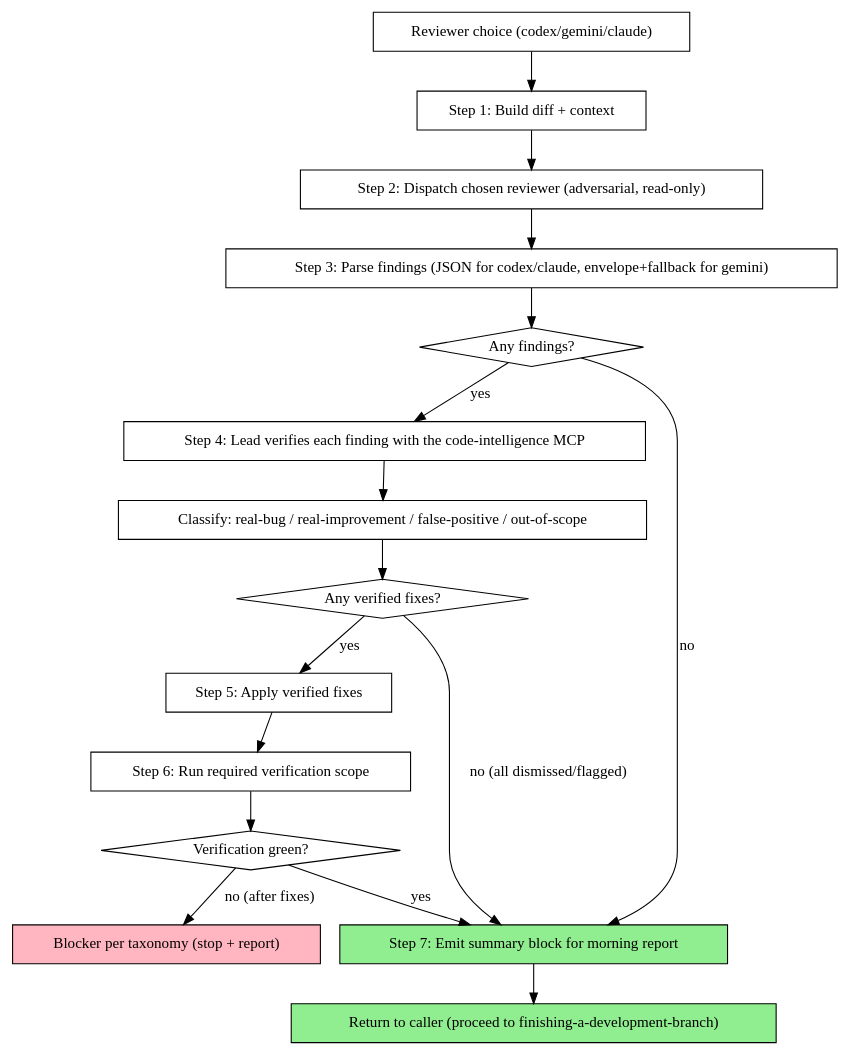
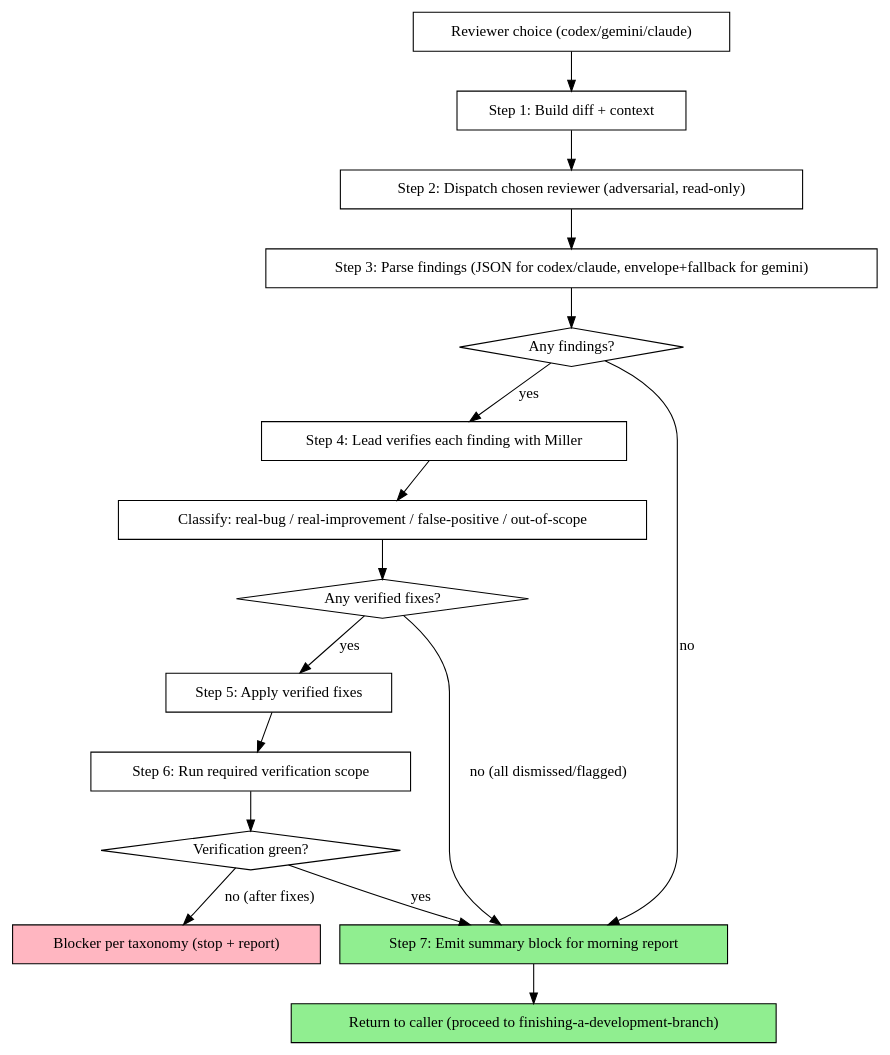
Before and after one commit to anortham/razorback: the diagram in skills/pre-merge-review/SKILL.md, drawn with Graphviz. The commit also changed other lines of this file and 38 other files, not shown here.

````diff
--- a/skills/pre-merge-review/SKILL.md
+++ b/skills/pre-merge-review/SKILL.md
@@ -33,36 +33,36 @@
 ```dot
 digraph pre_merge_review {
     rankdir=TB;
 
     "Reviewer choice (codex/gemini/claude)" [shape=box];
     "Step 1: Build diff + context" [shape=box];
     "Step 2: Dispatch chosen reviewer (adversarial, read-only)" [shape=box];
     "Step 3: Parse findings (JSON for codex/claude, envelope+fallback for gemini)" [shape=box];
     "Any findings?" [shape=diamond];
-    "Step 4: Lead verifies each finding with the code-intelligence MCP" [shape=box];
+    "Step 4: Lead verifies each finding with Miller" [shape=box];
     "Classify: real-bug / real-improvement / false-positive / out-of-scope" [shape=box];
     "Any verified fixes?" [shape=diamond];
     "Step 5: Apply verified fixes" [shape=box];
     "Step 6: Run required verification scope" [shape=box];
     "Verification green?" [shape=diamond];
     "Step 7: Emit summary block for morning report" [shape=box style=filled fillcolor=lightgreen];
     "Return to caller (proceed to finishing-a-development-branch)" [shape=box style=filled fillcolor=lightgreen];
     "Blocker per taxonomy (stop + report)" [shape=box style=filled fillcolor=lightpink];
 
     "Reviewer choice (codex/gemini/claude)" -> "Step 1: Build diff + context";
     "Step 1: Build diff + context" -> "Step 2: Dispatch chosen reviewer (adversarial, read-only)";
     "Step 2: Dispatch chosen reviewer (adversarial, read-only)" -> "Step 3: Parse findings (JSON for codex/claude, envelope+fallback for gemini)";
     "Step 3: Parse findings (JSON for codex/claude, envelope+fallback for gemini)" -> "Any findings?";
     "Any findings?" -> "Step 7: Emit summary block for morning report" [label="no"];
-    "Any findings?" -> "Step 4: Lead verifies each finding with the code-intelligence MCP" [label="yes"];
-    "Step 4: Lead verifies each finding with the code-intelligence MCP" -> "Classify: real-bug / real-improvement / false-positive / out-of-scope";
+    "Any findings?" -> "Step 4: Lead verifies each finding with Miller" [label="yes"];
+    "Step 4: Lead verifies each finding with Miller" -> "Classify: real-bug / real-improvement / false-positive / out-of-scope";
     "Classify: real-bug / real-improvement / false-positive / out-of-scope" -> "Any verified fixes?";
     "Any verified fixes?" -> "Step 7: Emit summary block for morning report" [label="no (all dismissed/flagged)"];
     "Any verified fixes?" -> "Step 5: Apply verified fixes" [label="yes"];
     "Step 5: Apply verified fixes" -> "Step 6: Run required verification scope";
     "Step 6: Run required verification scope" -> "Verification green?";
     "Verification green?" -> "Step 7: Emit summary block for morning report" [label="yes"];
     "Verification green?" -> "Blocker per taxonomy (stop + report)" [label="no (after fixes)"];
     "Step 7: Emit summary block for morning report" -> "Return to caller (proceed to finishing-a-development-branch)";
 }
 ```
````
